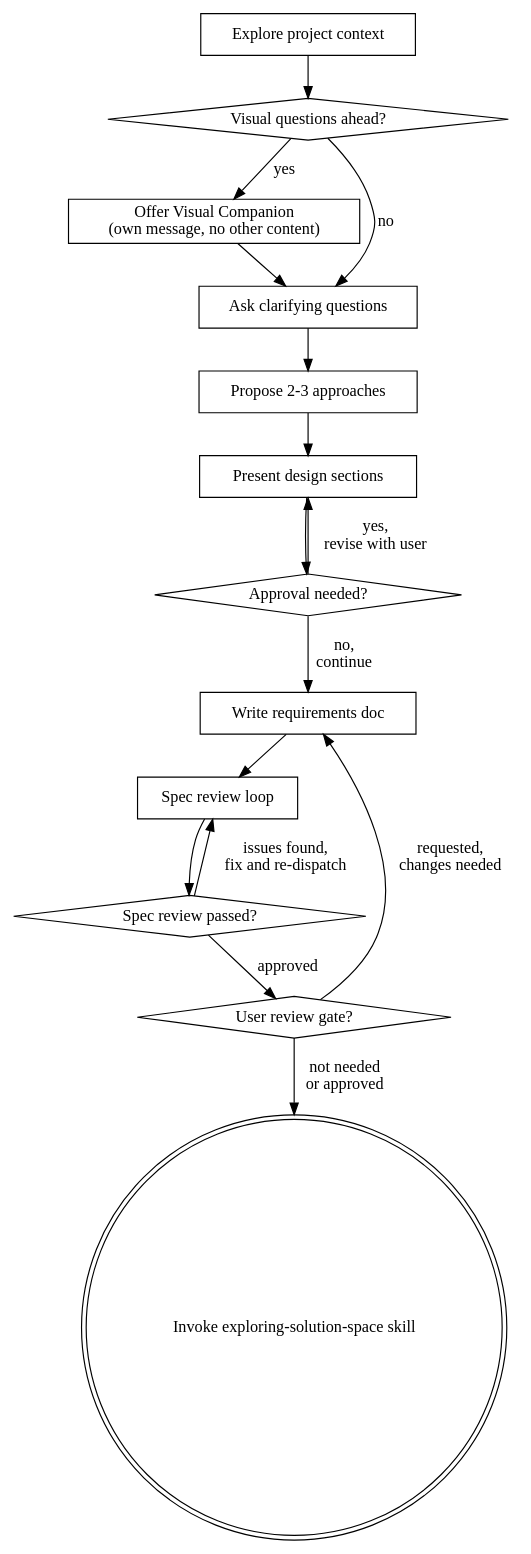
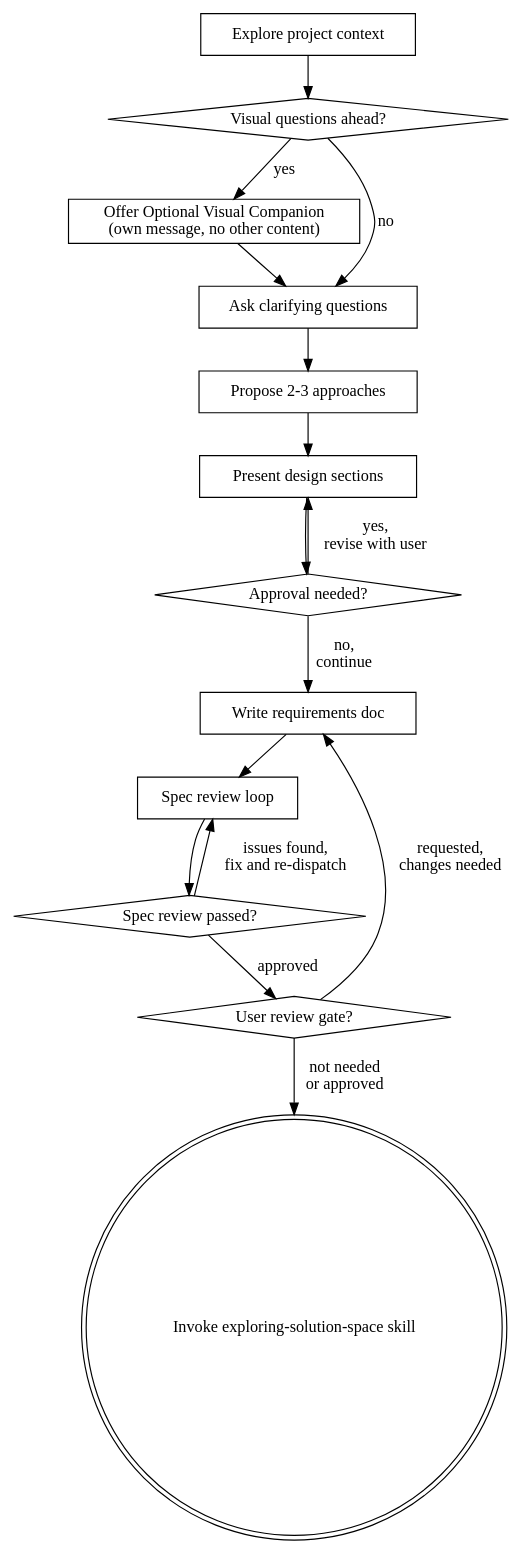
Before and after one commit to Krual-T/OpenHarness: the diagram in skills/brainstorming/SKILL.md, drawn with Graphviz. The commit also changed other lines of this file and 11 other files, not shown here.

````diff
--- a/skills/brainstorming/SKILL.md
+++ b/skills/brainstorming/SKILL.md
@@ -45,32 +45,32 @@
 ```dot
 digraph brainstorming {
     "Explore project context" [shape=box];
     "Visual questions ahead?" [shape=diamond];
-    "Offer Visual Companion\n(own message, no other content)" [shape=box];
+    "Offer Optional Visual Companion\n(own message, no other content)" [shape=box];
     "Ask clarifying questions" [shape=box];
     "Propose 2-3 approaches" [shape=box];
     "Present design sections" [shape=box];
     "Approval needed?" [shape=diamond];
     "Write requirements doc" [shape=box];
     "Spec review loop" [shape=box];
     "Spec review passed?" [shape=diamond];
     "User review gate?" [shape=diamond];
     "Invoke exploring-solution-space skill" [shape=doublecircle];
 
     "Explore project context" -> "Visual questions ahead?";
-    "Visual questions ahead?" -> "Offer Visual Companion\n(own message, no other content)" [label="yes"];
+    "Visual questions ahead?" -> "Offer Optional Visual Companion\n(own message, no other content)" [label="yes"];
     "Visual questions ahead?" -> "Ask clarifying questions" [label="no"];
-    "Offer Visual Companion\n(own message, no other content)" -> "Ask clarifying questions";
+    "Offer Optional Visual Companion\n(own message, no other content)" -> "Ask clarifying questions";
     "Ask clarifying questions" -> "Propose 2-3 approaches";
     "Propose 2-3 approaches" -> "Present design sections";
     "Present design sections" -> "Approval needed?";
     "Approval needed?" -> "Present design sections" [label="yes,\nrevise with user"];
     "Approval needed?" -> "Write requirements doc" [label="no,\ncontinue"];
     "Write requirements doc" -> "Spec review loop";
     "Spec review loop" -> "Spec review passed?";
     "Spec review passed?" -> "Spec review loop" [label="issues found,\nfix and re-dispatch"];
     "Spec review passed?" -> "User review gate?" [label="approved"];
     "User review gate?" -> "Write requirements doc" [label="requested,\nchanges needed"];
     "User review gate?" -> "Invoke exploring-solution-space skill" [label="not needed\nor approved"];
 }
 ```
````
